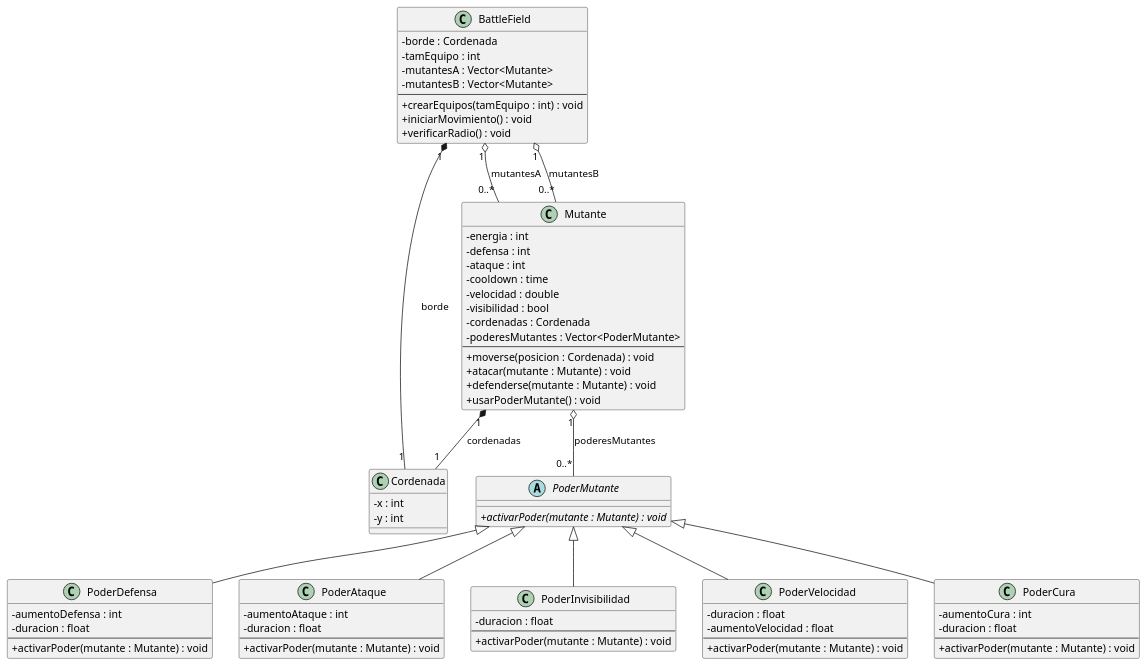
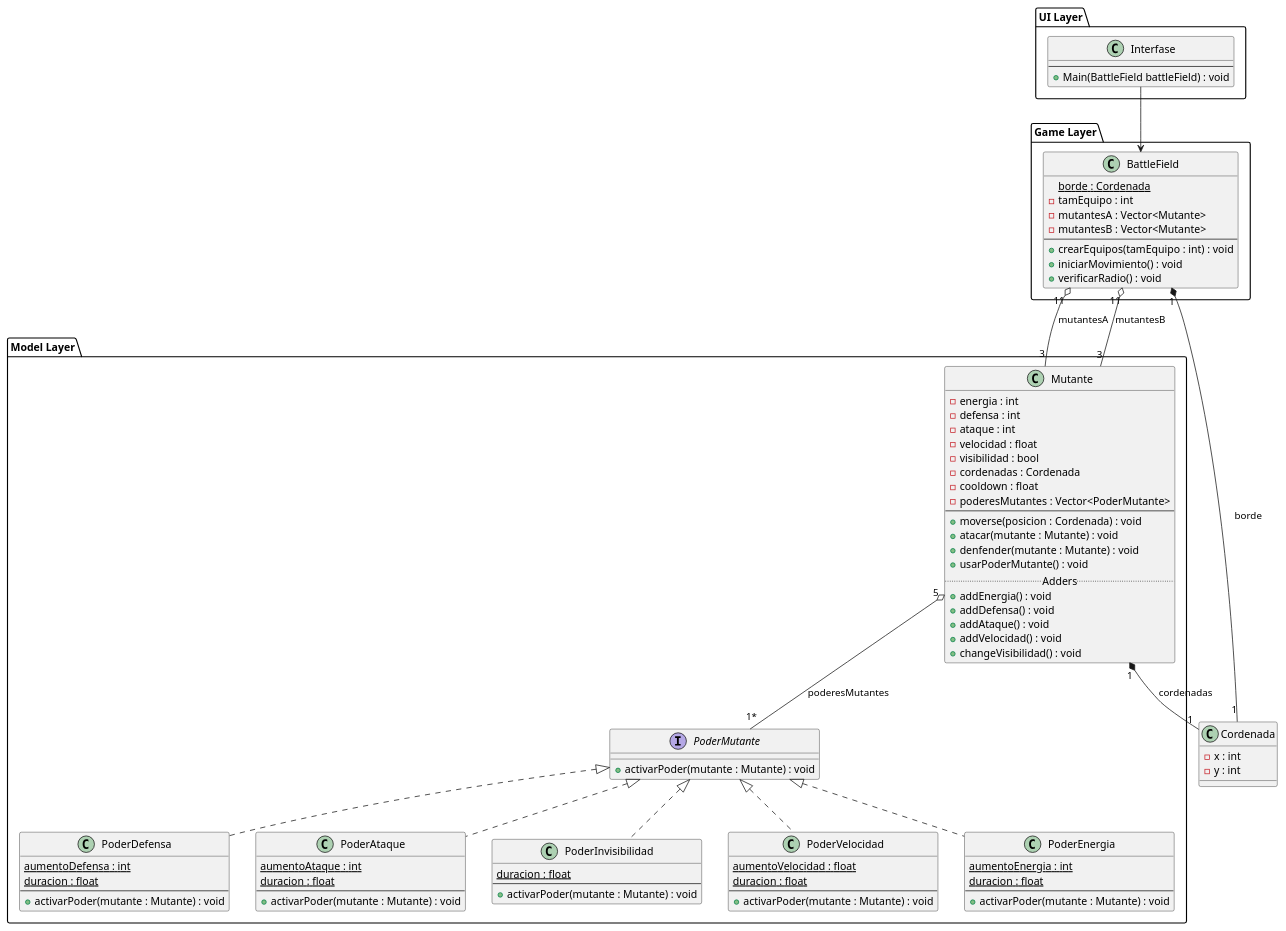
The diagram in ReadMe.md (BlackWhite-21/Case-1-Mutant-Battle), drawn with PlantUML before and after one commit.

Commit message:
Correcciones minimas en el diagrama UML

```diff
--- a/ReadMe.md
+++ b/ReadMe.md
@@ -71,92 +71,104 @@
 @startuml DiagramaMutantes
-
-skinparam classAttributeIconSize 0
-skinparam monochrome false
-skinparam shadowing false
-
 class Cordenada {
   - x : int
   - y : int
 }
+package "Model Layer" {
+  class Mutante {
+    - energia : int
+    - defensa : int
+    - ataque : int
+    - velocidad : float
+    - visibilidad : bool
+    - cordenadas : Cordenada
+    - cooldown : float
+    - poderesMutantes : Vector<PoderMutante>
+    --
+    + moverse(posicion : Cordenada) : void
+    + atacar(mutante : Mutante) : void
+    + denfender(mutante : Mutante) : void
+    + usarPoderMutante() : void
+    .. Adders ..
+    + addEnergia() : void
+    + addDefensa() : void
+    + addAtaque() : void
+    + addVelocidad() : void
+    + changeVisibilidad() : void
+  }
+  
+  interface PoderMutante {
+    + activarPoder(mutante : Mutante) : void
+  }
+  
+  class PoderDefensa {
+    {static} aumentoDefensa : int
+    {static} duracion : float
+    --
+    + activarPoder(mutante : Mutante) : void
+  }
+  
+  class PoderAtaque {
+    {static} aumentoAtaque : int
+    {static} duracion : float
+    --
+    + activarPoder(mutante : Mutante) : void
+  }
+  
+  class PoderInvisibilidad {
+    {static} duracion : float
+    --
+    + activarPoder(mutante : Mutante) : void
+  }
+  
+  class PoderVelocidad {
+    {static} aumentoVelocidad : float
+    {static} duracion : float
+    --
+    + activarPoder(mutante : Mutante) : void
+  }
+  
+  class PoderEnergia {
+    {static} aumentoEnergia : int
+    {static} duracion : float
+    --
+    + activarPoder(mutante : Mutante) : void
+  }
 
-class Mutante {
-  - energia : int
-  - defensa : int
-  - ataque : int
-  - cooldown : time
-  - velocidad : double
-  - visibilidad : bool
-  - cordenadas : Cordenada
-  - poderesMutantes : Vector<PoderMutante>
-  --
-  + moverse(posicion : Cordenada) : void
-  + atacar(mutante : Mutante) : void
-  + defenderse(mutante : Mutante) : void
-  + usarPoderMutante() : void
 }
-
-abstract class PoderMutante {
-  + {abstract} activarPoder(mutante : Mutante) : void
+package "Game Layer" {
+  class BattleField {
+    {static} borde : Cordenada
+    - tamEquipo : int
+    - mutantesA : Vector<Mutante>
+    - mutantesB : Vector<Mutante>
+    --
+    + crearEquipos(tamEquipo : int) : void
+    + iniciarMovimiento() : void
+    + verificarRadio() : void
+  }
 }
-
-class PoderDefensa {
-  - aumentoDefensa : int
-  - duracion : float
-  --
-  + activarPoder(mutante : Mutante) : void
-}
-
-class PoderAtaque {
-  - aumentoAtaque : int
-  - duracion : float
-  --
-  + activarPoder(mutante : Mutante) : void
-}
-
-class PoderInvisibilidad {
-  - duracion : float
-  --
-  + activarPoder(mutante : Mutante) : void
-}
-
-class PoderVelocidad {
-  - duracion : float
-  - aumentoVelocidad : float
-  --
-  + activarPoder(mutante : Mutante) : void
-}
-
-class PoderCura {
-  - aumentoCura : int
-  - duracion : float
-  --
-  + activarPoder(mutante : Mutante) : void
-}
-
-class BattleField {
-  - borde : Cordenada
-  - tamEquipo : int
-  - mutantesA : Vector<Mutante>
-  - mutantesB : Vector<Mutante>
-  --
-  + crearEquipos(tamEquipo : int) : void
-  + iniciarMovimiento() : void
-  + verificarRadio() : void
+package "UI Layer" {
+  class Interfase {
+    --
+    + Main(BattleField battleField) : void
+  }
+  
+  
 }
 
 ' ---- Relaciones ----
-
-PoderMutante <|-- PoderDefensa
-PoderMutante <|-- PoderAtaque
-PoderMutante <|-- PoderInvisibilidad
-PoderMutante <|-- PoderVelocidad
-PoderMutante <|-- PoderCura
+Interfase --> BattleField
+PoderMutante <|.. PoderDefensa
+PoderMutante <|.. PoderAtaque
+PoderMutante <|.. PoderInvisibilidad
+PoderMutante <|.. PoderVelocidad
+PoderMutante <|.. PoderEnergia
 
 Mutante "1" *-- "1" Cordenada : cordenadas
-Mutante "1" o-- "0..*" PoderMutante : poderesMutantes
+Mutante "5" o-- "1*" PoderMutante : poderesMutantes
 
 BattleField "1" *-- "1" Cordenada : borde
-BattleField "1" o-- "0..*" Mutante : mutantesA
-BattleField "1" o-- "0..*" Mutante : mutantesB
+BattleField "11" o-- "3" Mutante : mutantesA
+BattleField "11" o-- "3" Mutante : mutantesB
 
 @enduml
```
